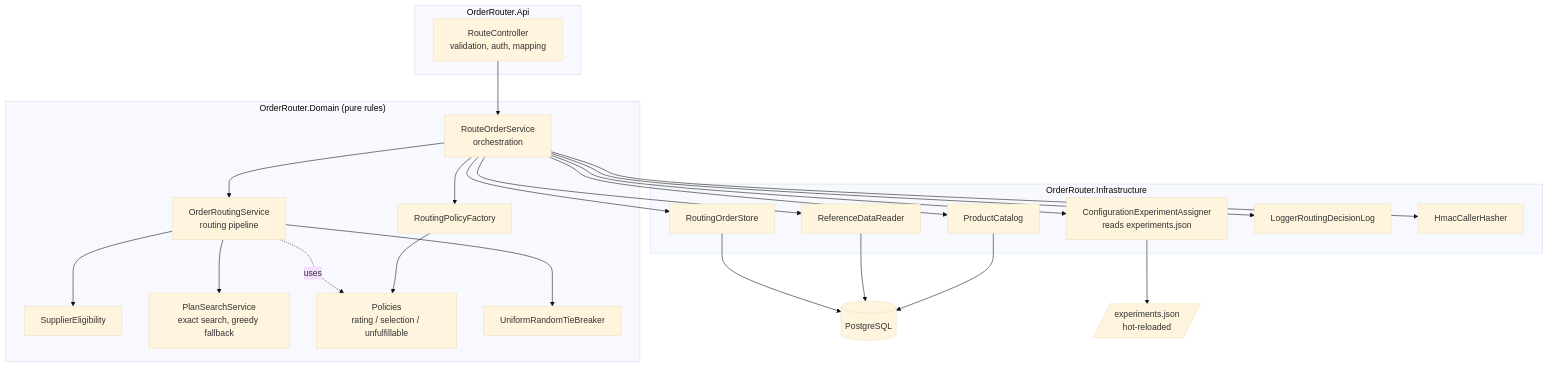
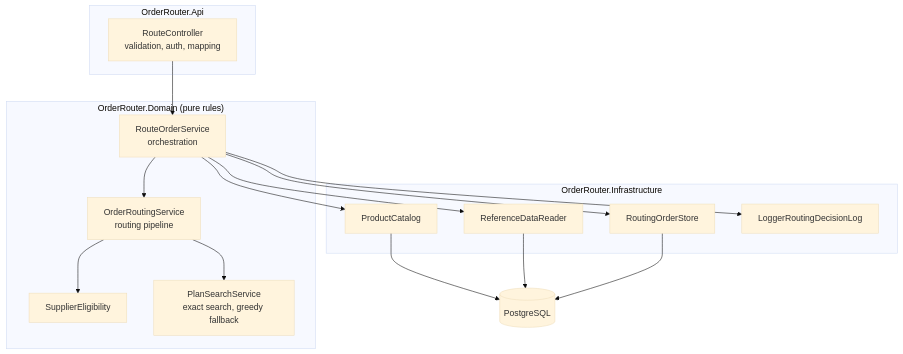
Before and after one commit to ricardochaidez/order-router: the second of 4 diagrams in README.md, drawn with Mermaid (base theme). The commit also changed other lines of this file and 84 other files, not shown here.

````diff
--- a/README.md
+++ b/README.md
@@ -31,34 +30,25 @@
 ```mermaid
 flowchart TB
     subgraph Api["OrderRouter.Api"]
         RC[RouteController<br/>validation, auth, mapping]
     end
     subgraph Domain["OrderRouter.Domain (pure rules)"]
         ROS[RouteOrderService<br/>orchestration]
         ORS[OrderRoutingService<br/>routing pipeline]
         ELIG[SupplierEligibility]
         PS[PlanSearchService<br/>exact search, greedy fallback]
-        PF[RoutingPolicyFactory]
-        POL[Policies<br/>rating / selection / unfulfillable]
-        TB[UniformRandomTieBreaker]
     end
     subgraph Infra["OrderRouter.Infrastructure"]
         CAT[ProductCatalog]
         REF[ReferenceDataReader]
-        ASG[ConfigurationExperimentAssigner<br/>reads experiments.json]
         STORE[RoutingOrderStore]
         LOG[LoggerRoutingDecisionLog]
-        HASH[HmacCallerHasher]
     end
     DB[(PostgreSQL)]
-    CFG[/experiments.json<br/>hot-reloaded/]
 
     RC --> ROS
-    ROS --> CAT & REF & ASG & STORE & LOG & HASH
-    ROS --> PF --> POL
+    ROS --> CAT & REF & STORE & LOG
     ROS --> ORS
-    ORS --> ELIG & PS & TB
-    ORS -. uses .-> POL
+    ORS --> ELIG & PS
     CAT & REF & STORE --> DB
-    ASG --> CFG
 ```
````
